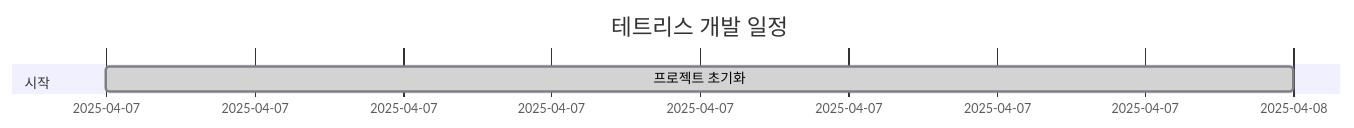
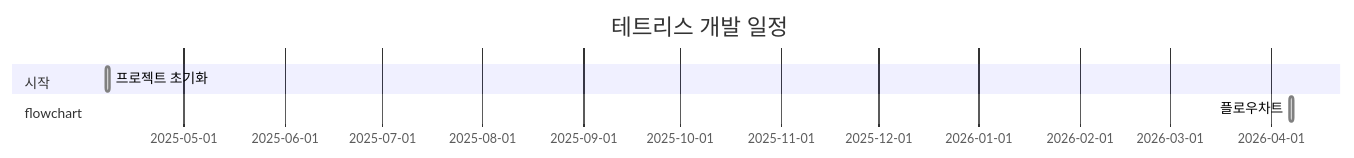
Before and after one commit to Chance031/Tetris-cpp: the diagram in README.md, drawn with Mermaid. The commit also changed other lines of this file, not shown here.

Commit message:
docs: README 자동 업데이트 [skip ci]

````diff
--- a/README.md
+++ b/README.md
@@ -19,7 +19,9 @@
 ```mermaid
 gantt
     title 테트리스 개발 일정
     dateFormat YYYY-MM-DD
     section 시작
         프로젝트 초기화 :done, init, 2025-04-07, 1d
+    section flowchart
+        플로우차트 :done, t84797, 2026-04-07, 1d
 ```
````
